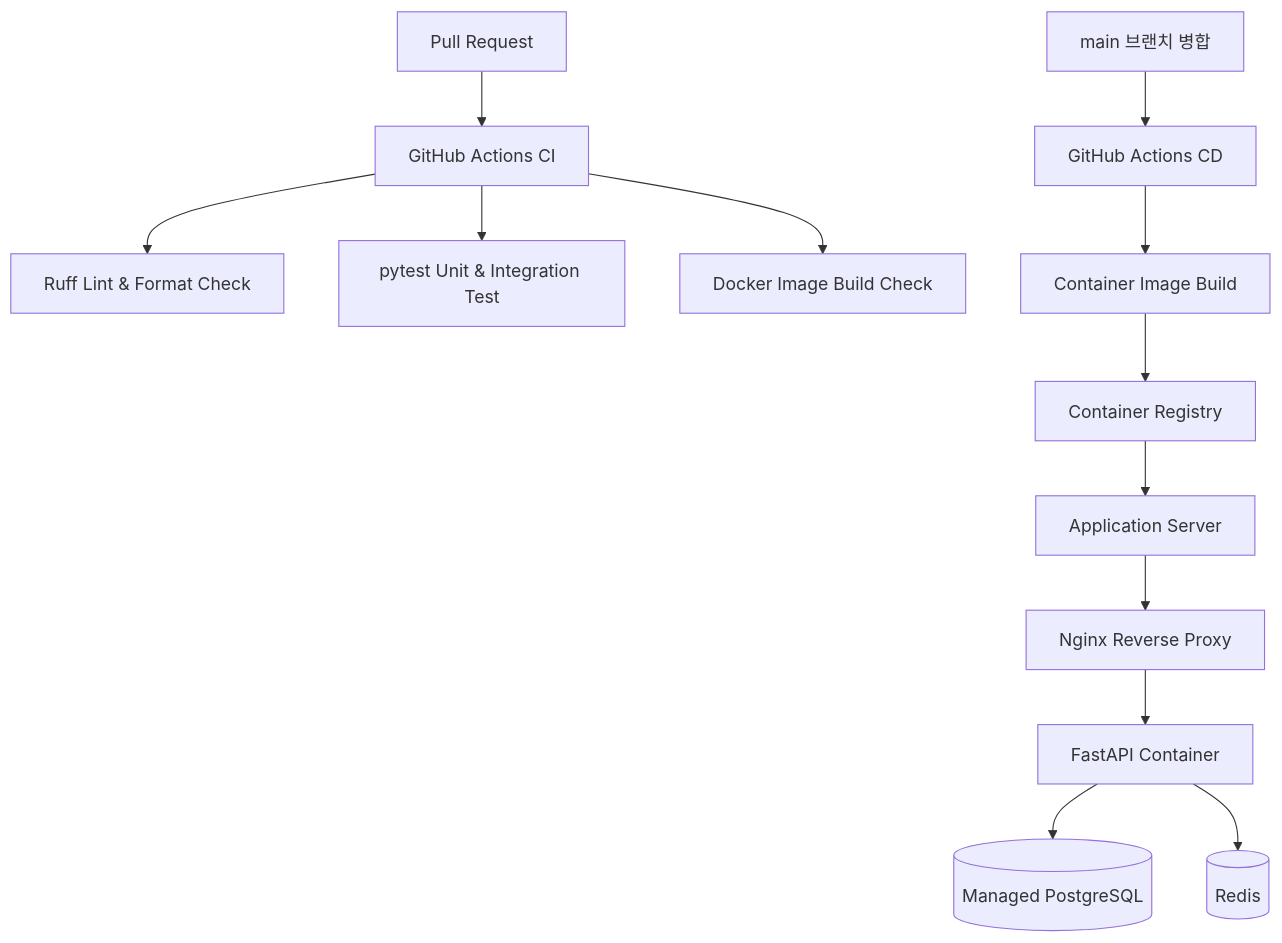
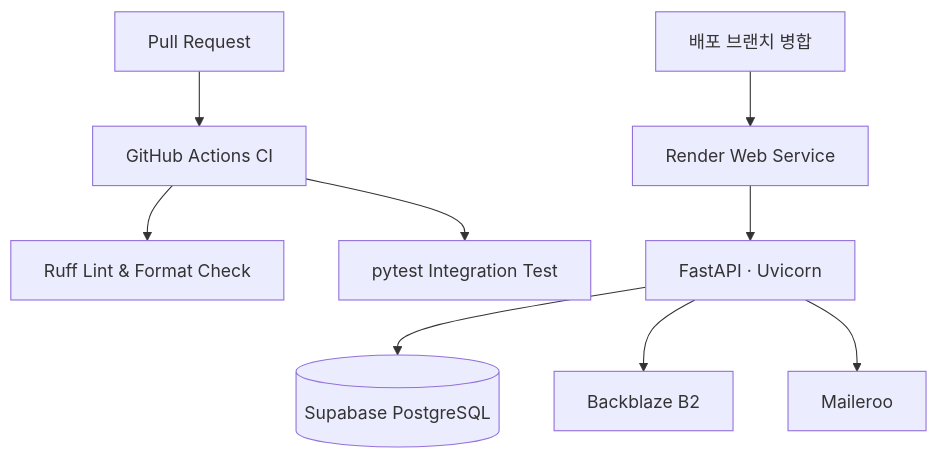
The third of 3 diagrams in README.md (sidefit12/sidefit12-backend), drawn with Mermaid before and after one commit. The commit also changed other lines of this file and 14 other files, not shown here.

````diff
--- a/README.md
+++ b/README.md
@@ -262,16 +248,12 @@
 ```mermaid
 flowchart TD
     PR[Pull Request] --> CI[GitHub Actions CI]
     CI --> Ruff[Ruff Lint & Format Check]
-    CI --> Test[pytest Unit & Integration Test]
-    CI --> Build[Docker Image Build Check]
+    CI --> Test[pytest Integration Test]
 
-    Merge[main 브랜치 병합] --> CD[GitHub Actions CD]
-    CD --> Image[Container Image Build]
-    Image --> Registry[Container Registry]
-    Registry --> Server[Application Server]
-    Server --> Nginx[Nginx Reverse Proxy]
-    Nginx --> FastAPI[FastAPI Container]
-    FastAPI --> PostgreSQL[(Managed PostgreSQL)]
-    FastAPI --> Redis[(Redis)]
+    Merge[배포 브랜치 병합] --> Render[Render Web Service]
+    Render --> FastAPI[FastAPI · Uvicorn]
+    FastAPI --> PostgreSQL[(Supabase PostgreSQL)]
+    FastAPI --> Storage[Backblaze B2]
+    FastAPI --> Email[Maileroo]
 ```
````
